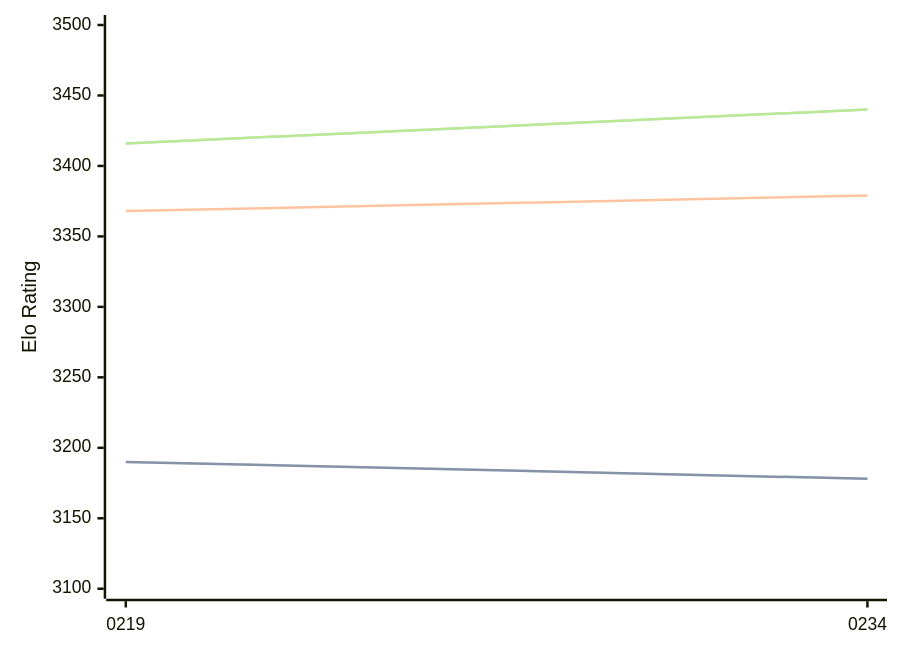
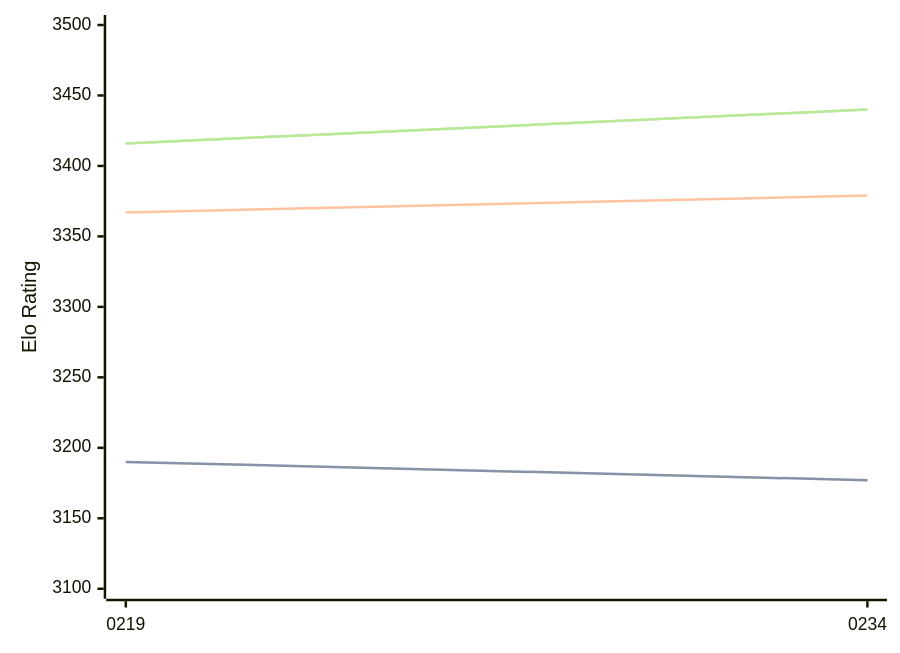
The diagram in engines/Ynode.md (computer-chess-index/cci), drawn with Mermaid before and after one commit. The commit also changed other lines of this file, not shown here.

````diff
--- a/engines/Ynode.md
+++ b/engines/Ynode.md
@@ -39,11 +39,11 @@
 ```mermaid
 %%{init: {"theme":"base","themeVariables":{"seriesColors:['#a3a3a3','#222221','#faa371']}}}%%
 xychart-beta
   x-axis ["0219", "0234"]
   y-axis "Elo Rating" 3100 --> 3500
-  line "STC (8.0+0.08s)" [3190, 3178]
-  line "STC (8.0+0.08s)" [3190, 3178]
-  line "LTC (60.0+0.60s)" [3368, 3379]
+  line "STC (8.0+0.08s)" [3190, 3177]
+  line "STC (8.0+0.08s)" [3190, 3177]
+  line "LTC (60.0+0.60s)" [3367, 3379]
   line "VLTC (2m24s+1.12s)" [3416, 3440]
   line "VLTC (2m24s+1.12s)" [3416, 3440]
 ```
````
